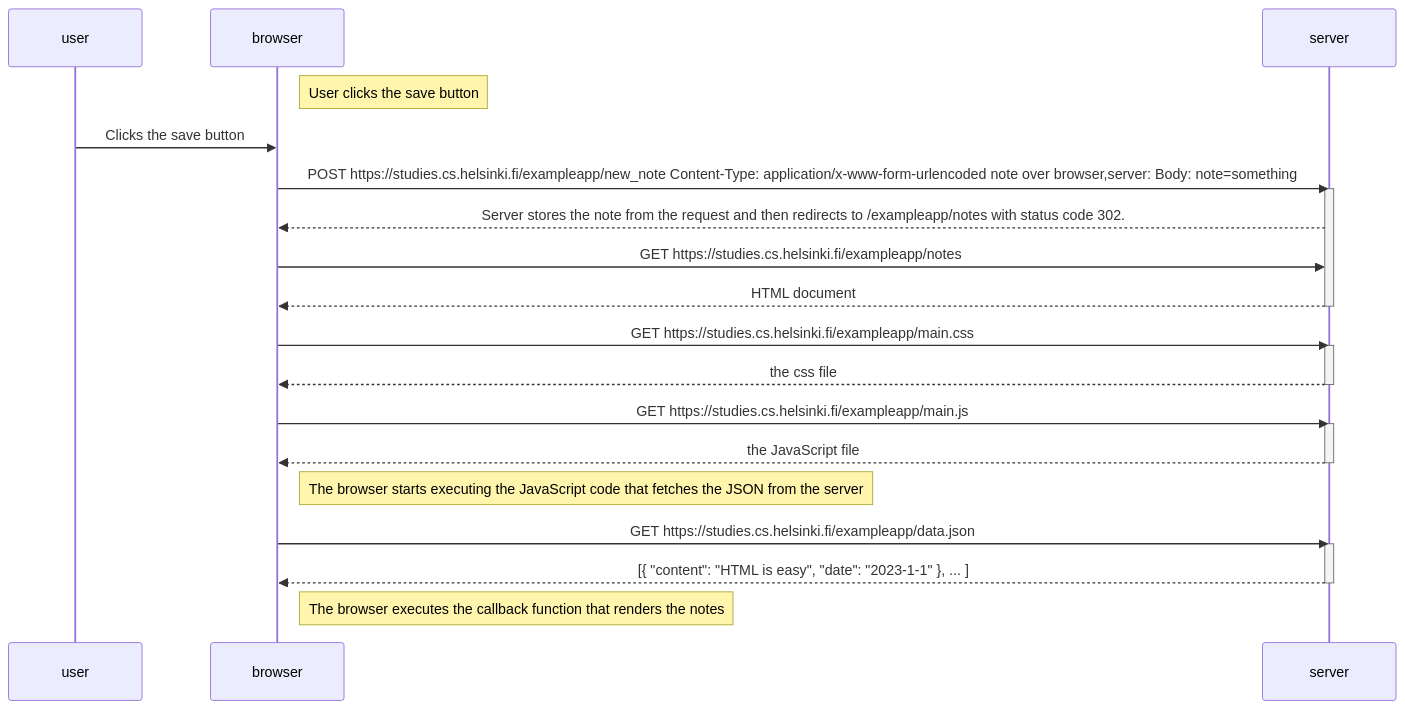
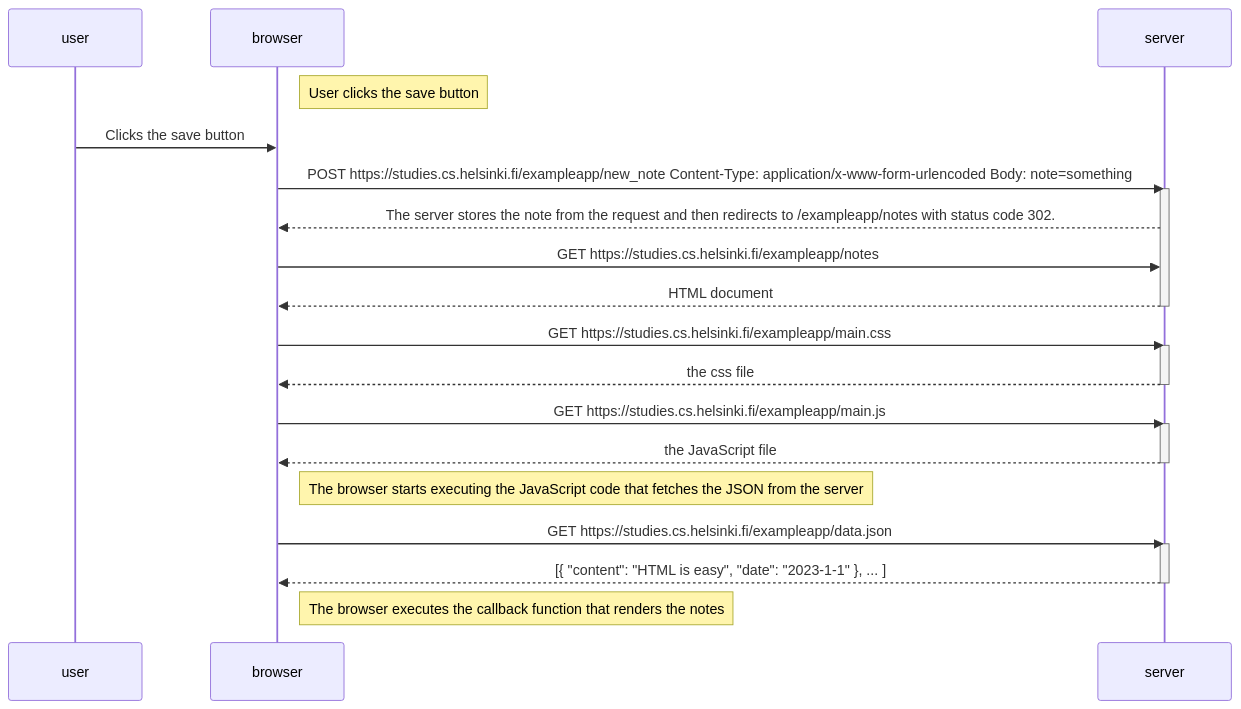
The diagram in osa0/README.md (JuhKukko/fullstack-helsinki-university), drawn with Mermaid before and after one commit. The commit also changed other lines of this file, not shown here.

````diff
--- a/osa0/README.md
+++ b/osa0/README.md
@@ -3,34 +3,34 @@
 ```mermaid
 sequenceDiagram
     participant user
     participant browser
     participant server
     
     Note right of browser: User clicks the save button
     user->>browser: Clicks the save button
-    browser->>server: POST https://studies.cs.helsinki.fi/exampleapp/new_note Content-Type: application/x-www-form-urlencoded note over browser,server: Body: note=something
+    browser->>server: POST https://studies.cs.helsinki.fi/exampleapp/new_note Content-Type: application/x-www-form-urlencoded Body: note=something
     activate server
-    server-->>browser: Server stores the note from the request and then redirects to /exampleapp/notes with status code 302.
+    server-->>browser: The server stores the note from the request and then redirects to /exampleapp/notes with status code 302.
     browser->>server: GET https://studies.cs.helsinki.fi/exampleapp/notes
     server-->>browser: HTML document
     deactivate server
     
     browser->>server: GET https://studies.cs.helsinki.fi/exampleapp/main.css
     activate server
     server-->>browser: the css file
     deactivate server
     
     browser->>server: GET https://studies.cs.helsinki.fi/exampleapp/main.js
     activate server
     server-->>browser: the JavaScript file
     deactivate server
 
     Note right of browser: The browser starts executing the JavaScript code that fetches the JSON from the server
     
     browser->>server: GET https://studies.cs.helsinki.fi/exampleapp/data.json
     activate server
     server-->>browser: [{ "content": "HTML is easy", "date": "2023-1-1" }, ... ]
     deactivate server    
 
     Note right of browser: The browser executes the callback function that renders the notes 
 ```
````
